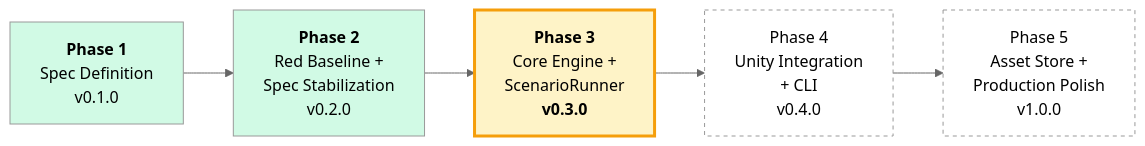
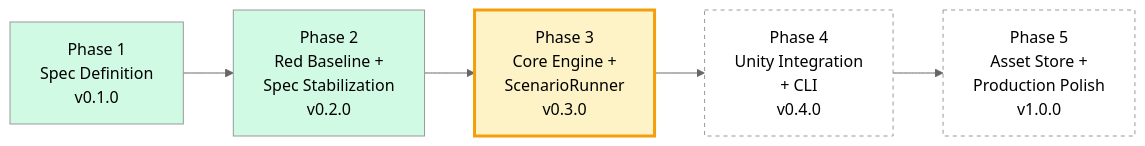
Before and after one commit to hiroxpepe/animo: the first of 5 diagrams in docs/state_of_animo_v0.3.0.md, drawn with Mermaid (neutral theme). The commit also changed other lines of this file and 11 other files, not shown here.

````diff
--- a/docs/state_of_animo_v0.3.0.md
+++ b/docs/state_of_animo_v0.3.0.md
@@ -18,16 +17,16 @@
 ```mermaid
 flowchart LR
-  P1["<b>Phase 1</b><br/>Spec Definition<br/>v0.1.0"]
-  P2["<b>Phase 2</b><br/>Red Baseline +<br/>Spec Stabilization<br/>v0.2.0"]
-  P3["<b>Phase 3</b><br/>Core Engine +<br/>ScenarioRunner<br/><b>v0.3.0</b>"]
+  P1["Phase 1<br/>Spec Definition<br/>v0.1.0"]
+  P2["Phase 2<br/>Red Baseline +<br/>Spec Stabilization<br/>v0.2.0"]
+  P3["Phase 3<br/>Core Engine +<br/>ScenarioRunner<br/>v0.3.0"]
   P4["Phase 4<br/>Unity Integration<br/>+ CLI<br/>v0.4.0"]
   P5["Phase 5<br/>Asset Store +<br/>Production Polish<br/>v1.0.0"]
 
   P1 --> P2 --> P3 --> P4 --> P5
 
   style P1 fill:#d1fae5
   style P2 fill:#d1fae5
   style P3 fill:#fef3c7,stroke:#f59e0b,stroke-width:3px
   style P4 fill:#fff,stroke-dasharray:4 4
   style P5 fill:#fff,stroke-dasharray:4 4
 ```
````
